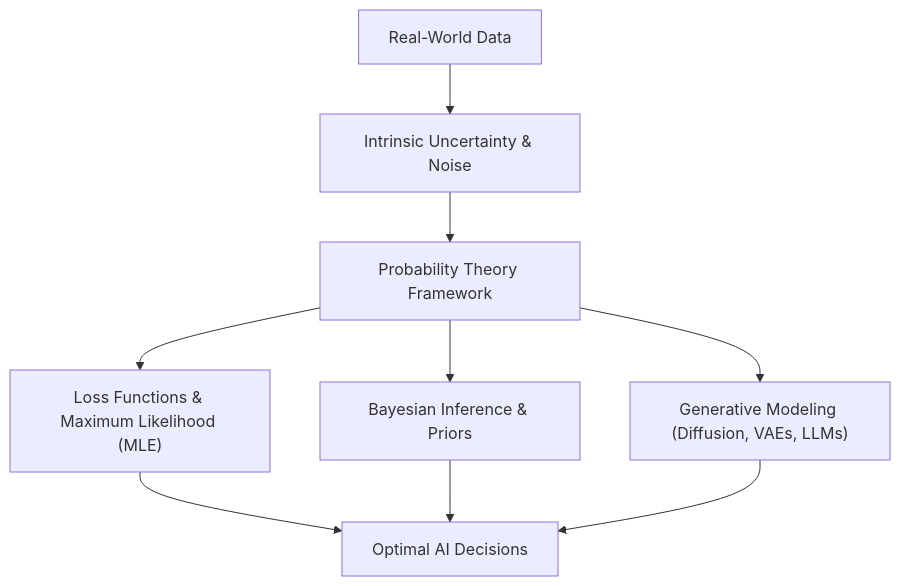
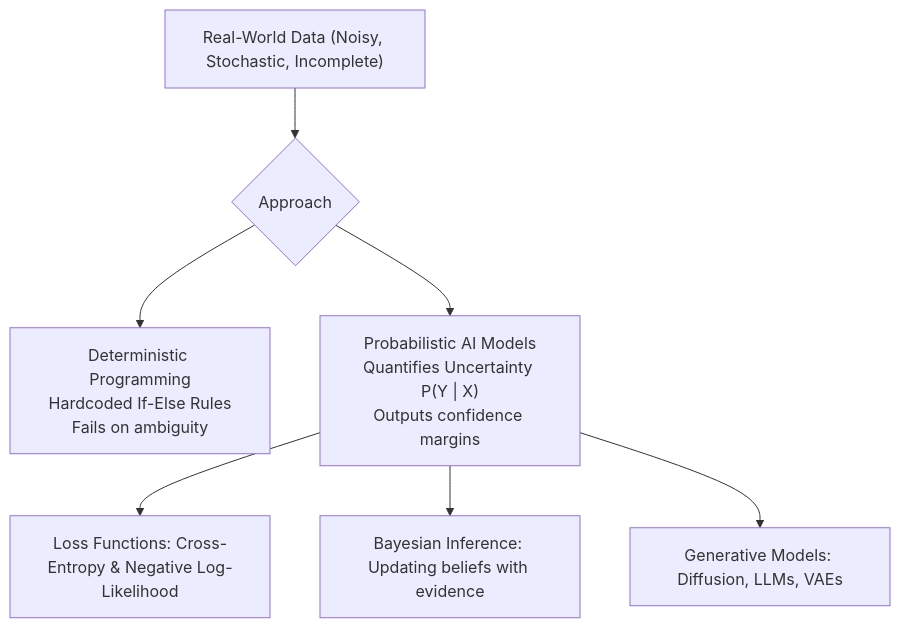
The diagram in lecture_20/Notes_20.01/README.md (S1h2i3v4a/AI_ML), drawn with Mermaid before and after one commit. The commit also changed other lines of this file and 203 other files, not shown here.

Commit message:
docs(lectures 19-21): align notes with video lectures, add blackboard diagrams, clean structured functions, and compile vector PDFs

````diff
--- a/lecture_20/Notes_20.01/README.md
+++ b/lecture_20/Notes_20.01/README.md
@@ -15,11 +10,10 @@
 ```mermaid
 flowchart TD
-    A["Real-World Data"] --> B["Intrinsic Uncertainty & Noise"]
-    B --> C["Probability Theory Framework"]
-    C --> D["Loss Functions & Maximum Likelihood (MLE)"]
-    C --> E["Bayesian Inference & Priors"]
-    C --> F["Generative Modeling (Diffusion, VAEs, LLMs)"]
-    D --> G["Optimal AI Decisions"]
-    E --> G
-    F --> G
+    Data["Real-World Data (Noisy, Stochastic, Incomplete)"] --> Paradigm{Approach}
+    Paradigm --> Det["Deterministic Programming<br/>Hardcoded If-Else Rules<br/>Fails on ambiguity"]
+    Paradigm --> Prob["Probabilistic AI Models<br/>Quantifies Uncertainty P(Y | X)<br/>Outputs confidence margins"]
+    
+    Prob --> Opt["Loss Functions: Cross-Entropy & Negative Log-Likelihood"]
+    Prob --> Bayes["Bayesian Inference: Updating beliefs with evidence"]
+    Prob --> Gen["Generative Models: Diffusion, LLMs, VAEs"]
 ```
````
